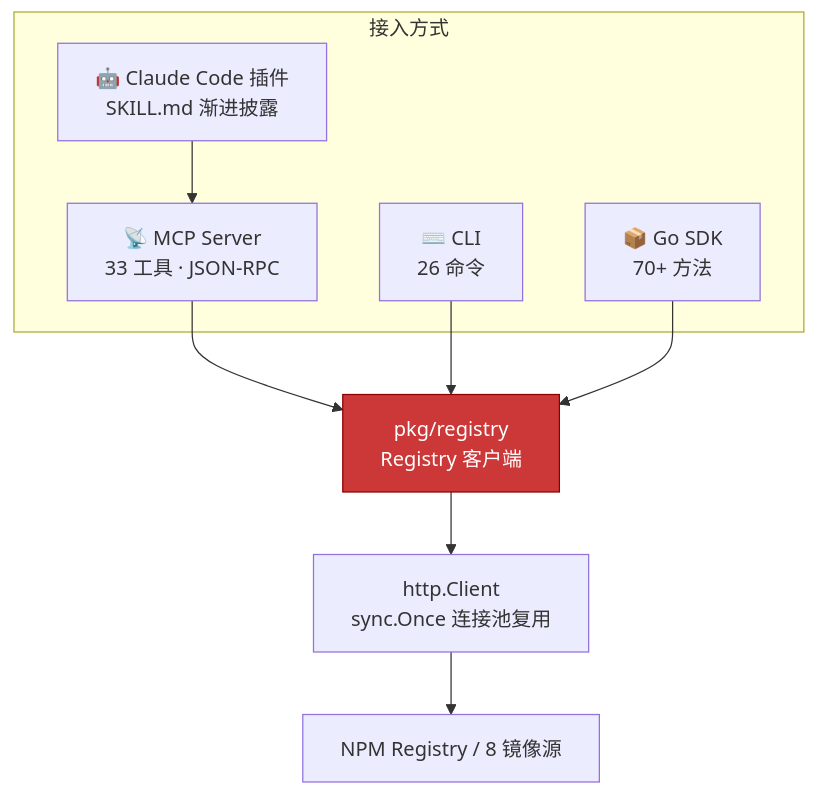
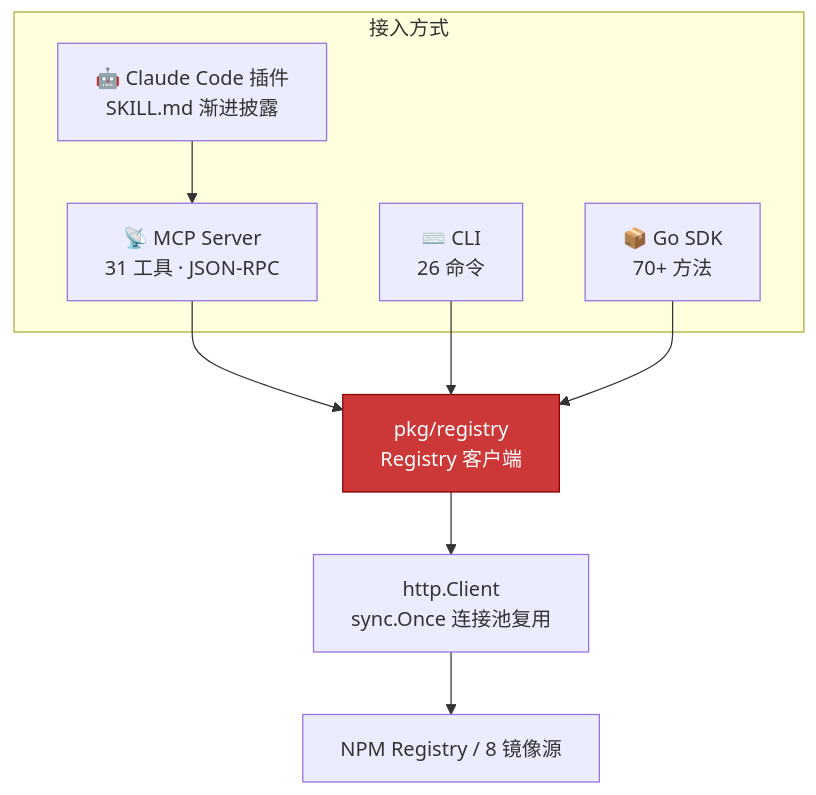
The diagram in website/index.md (scagogogo/npm-skills), drawn with Mermaid before and after one commit. The commit also changed other lines of this file and 6 other files, not shown here.

````diff
--- a/website/index.md
+++ b/website/index.md
@@ -53,23 +53,23 @@
 ```mermaid
 flowchart TB
     subgraph Entry["接入方式"]
         AI["🤖 Claude Code 插件<br/>SKILL.md 渐进披露"]
-        MCP["📡 MCP Server<br/>33 工具 · JSON-RPC"]
+        MCP["📡 MCP Server<br/>31 工具 · JSON-RPC"]
         CLI["⌨️ CLI<br/>26 命令"]
         SDK["📦 Go SDK<br/>70+ 方法"]
     end
 
     Core["pkg/registry<br/>Registry 客户端"]
     HTTP["http.Client<br/>sync.Once 连接池复用"]
     NPM["NPM Registry / 8 镜像源"]
 
     AI --> MCP
     MCP --> Core
     CLI --> Core
     SDK --> Core
     Core --> HTTP
     HTTP --> NPM
 
     classDef core fill:#cb3837,stroke:#8b0000,color:#fff;
     class Core core;
 ```
````
